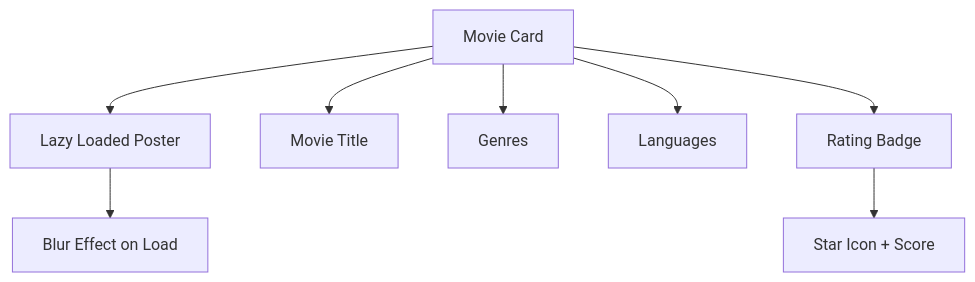
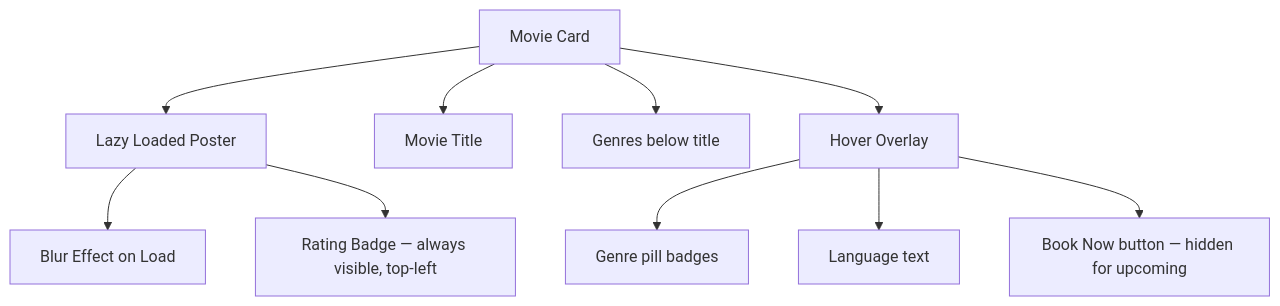
One commit to hduraimurugan/cinema-app-docs changed the sixth of 20 diagrams in users.md. Above: the diagram before and after it, drawn with Mermaid. The commit also changed other lines of this file, not shown here.

Commit message:
update: enhance user documentation for MoviesList UI redesign; include new hover effects, scroll navigation, and dynamic "Book Now" button visibility

````diff
--- a/users.md
+++ b/users.md
@@ -232,11 +234,14 @@
 ```mermaid
 graph TD
     A[Movie Card] --> B[Lazy Loaded Poster]
     A --> C[Movie Title]
-    A --> D[Genres]
-    A --> E[Languages]
-    A --> F[Rating Badge]
+    A --> D[Genres below title]
+    A --> E[Hover Overlay]
 
-    B --> G[Blur Effect on Load]
-    F --> H[Star Icon + Score]
+    B --> F[Blur Effect on Load]
+    B --> G[Rating Badge — always visible, top-left]
+
+    E --> H[Genre pill badges]
+    E --> I[Language text]
+    E --> J[Book Now button — hidden for upcoming]
 ```
````
